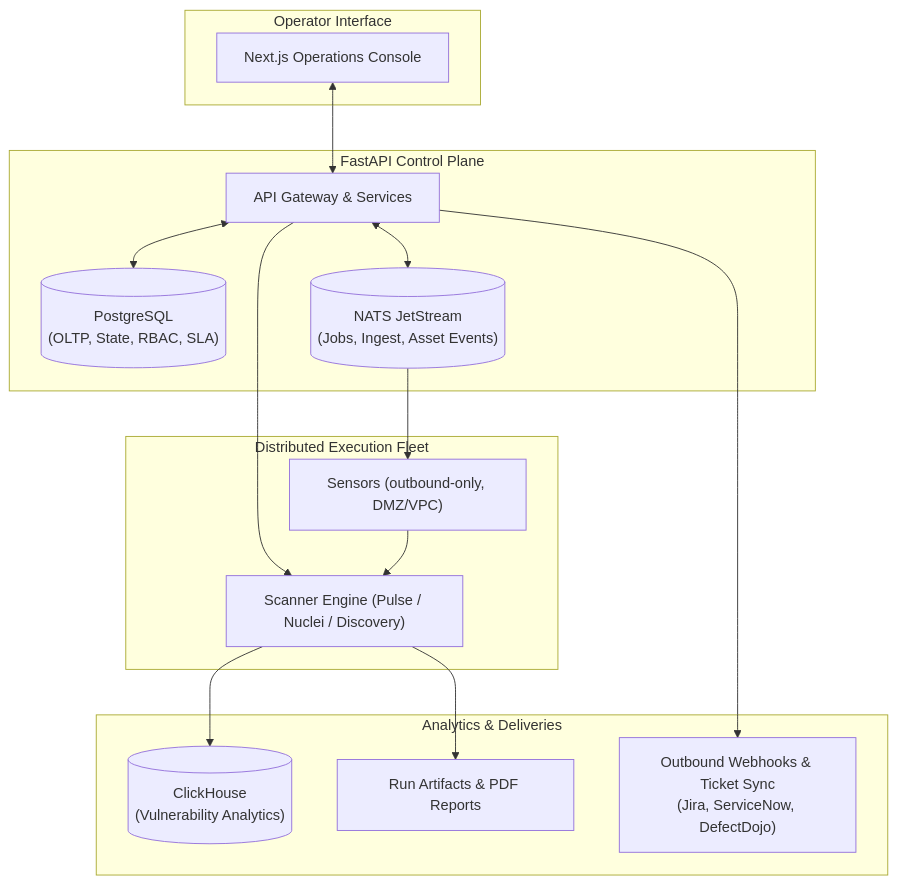
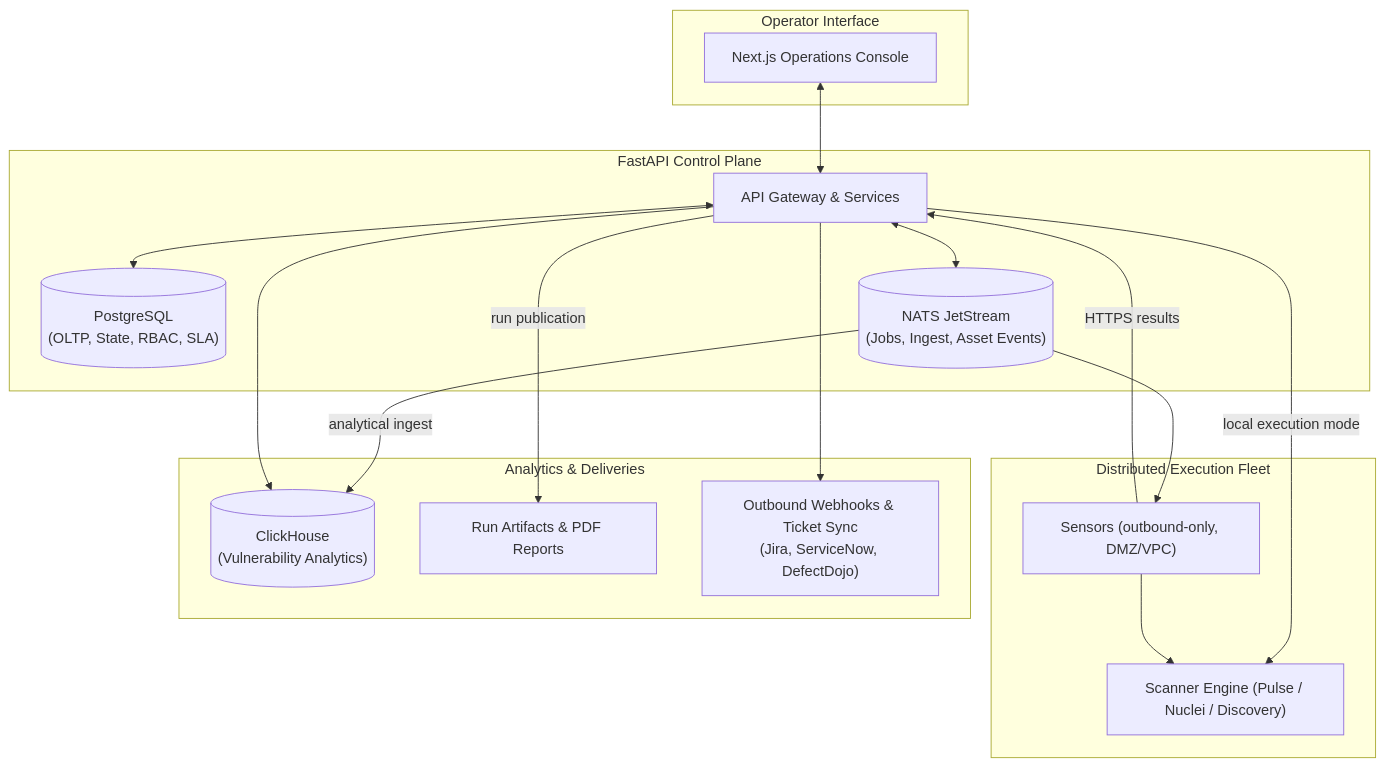
The third of 3 diagrams in README.md (onixus/Shapoclyack), drawn with Mermaid before and after one commit. The commit also changed other lines of this file and 12 other files, not shown here.

Commit message:
docs: align setup and architecture guides with current main

````diff
--- a/README.md
+++ b/README.md
@@ -177,33 +182,35 @@
 ```mermaid
 flowchart TD
     subgraph UI ["Operator Interface"]
         W["Next.js Operations Console"]
     end
 
     subgraph ControlPlane ["FastAPI Control Plane"]
         A["API Gateway & Services"]
         P[("PostgreSQL\n(OLTP, State, RBAC, SLA)")]
         N[("NATS JetStream\n(Jobs, Ingest, Asset Events)")]
     end
 
     subgraph Workers ["Distributed Execution Fleet"]
         G["Sensors (outbound-only, DMZ/VPC)"]
         S["Scanner Engine (Pulse / Nuclei / Discovery)"]
     end
 
     subgraph Storage ["Analytics & Deliveries"]
         C[("ClickHouse\n(Vulnerability Analytics)")]
         R["Run Artifacts & PDF Reports"]
         F["Outbound Webhooks & Ticket Sync\n(Jira, ServiceNow, DefectDojo)"]
     end
 
     W <--> A
     A <--> P
     A <--> N
     N --> G
-    A --> S
+    A -->|local execution mode| S
     G --> S
-    S --> R
-    S --> C
+    G -->|HTTPS results| A
+    A -->|run publication| R
+    N -->|analytical ingest| C
+    A --> C
     A --> F
 ```
````
